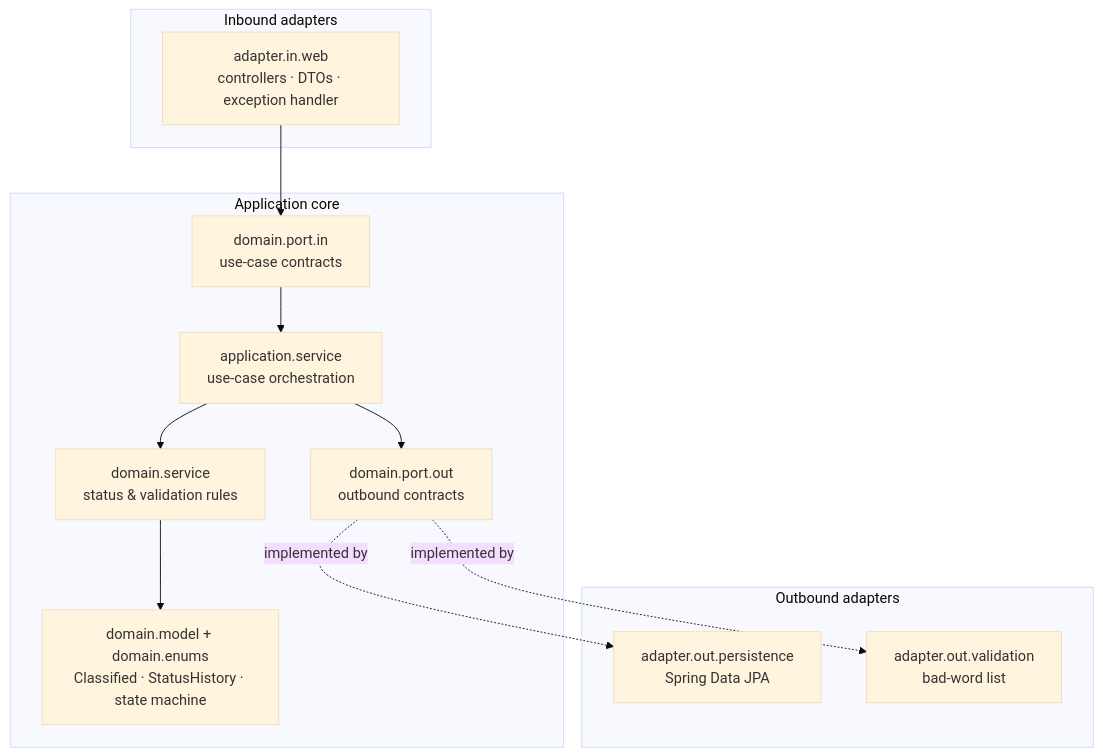
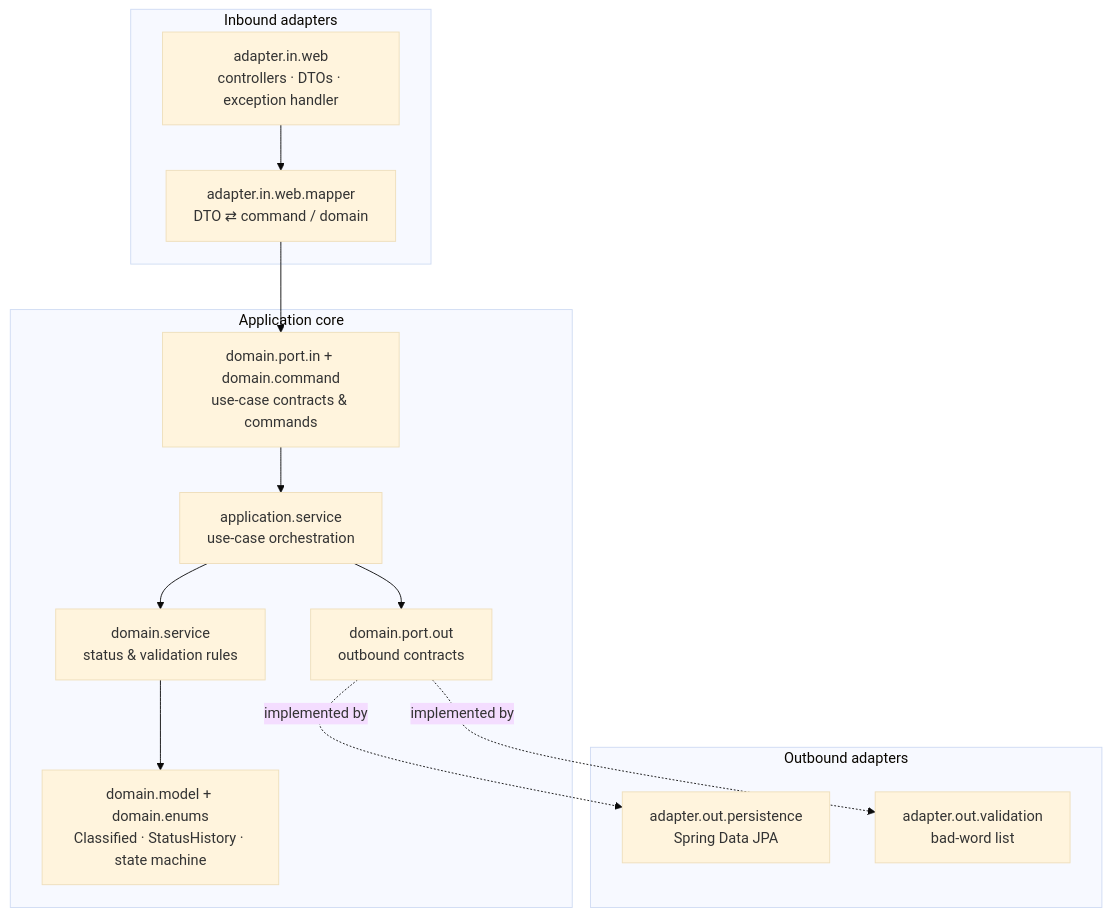
Before and after one commit to tahayvz/classified-lifecycle-api: the first of 2 diagrams in README.md, drawn with Mermaid (base theme). The commit also changed other lines of this file and 27 other files, not shown here.

````diff
--- a/README.md
+++ b/README.md
@@ -25,24 +25,25 @@
 ```mermaid
 flowchart TB
     subgraph inbound["Inbound adapters"]
         REST["adapter.in.web<br/>controllers · DTOs · exception handler"]
+        MAP["adapter.in.web.mapper<br/>DTO ⇄ command / domain"]
     end
 
     subgraph core["Application core"]
         APP["application.service<br/>use-case orchestration"]
-        PIN["domain.port.in<br/>use-case contracts"]
+        PIN["domain.port.in + domain.command<br/>use-case contracts &amp; commands"]
         DS["domain.service<br/>status &amp; validation rules"]
         DM["domain.model + domain.enums<br/>Classified · StatusHistory · state machine"]
         POUT["domain.port.out<br/>outbound contracts"]
     end
 
     subgraph outbound["Outbound adapters"]
         JPA["adapter.out.persistence<br/>Spring Data JPA"]
         BW["adapter.out.validation<br/>bad-word list"]
     end
 
-    REST --> PIN --> APP --> DS --> DM
+    REST --> MAP --> PIN --> APP --> DS --> DM
     APP --> POUT
     POUT -.implemented by.-> JPA
     POUT -.implemented by.-> BW
 ```
````
